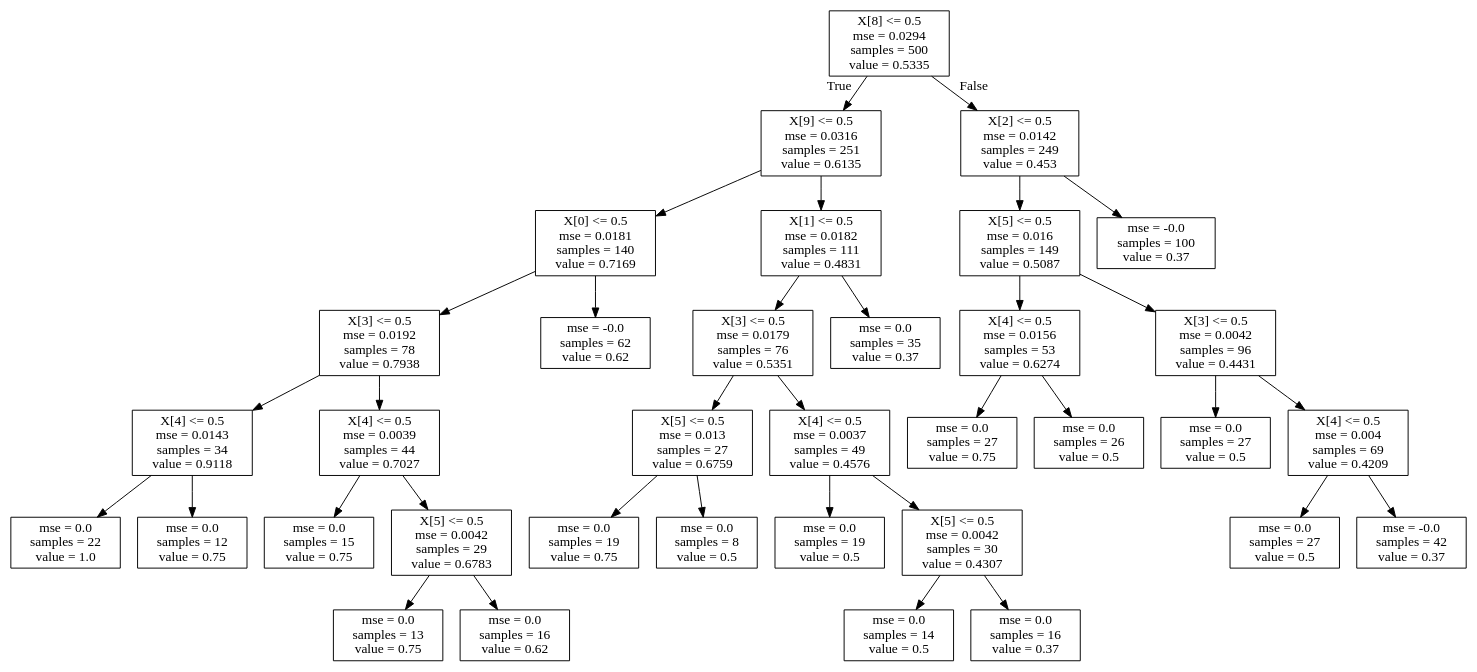
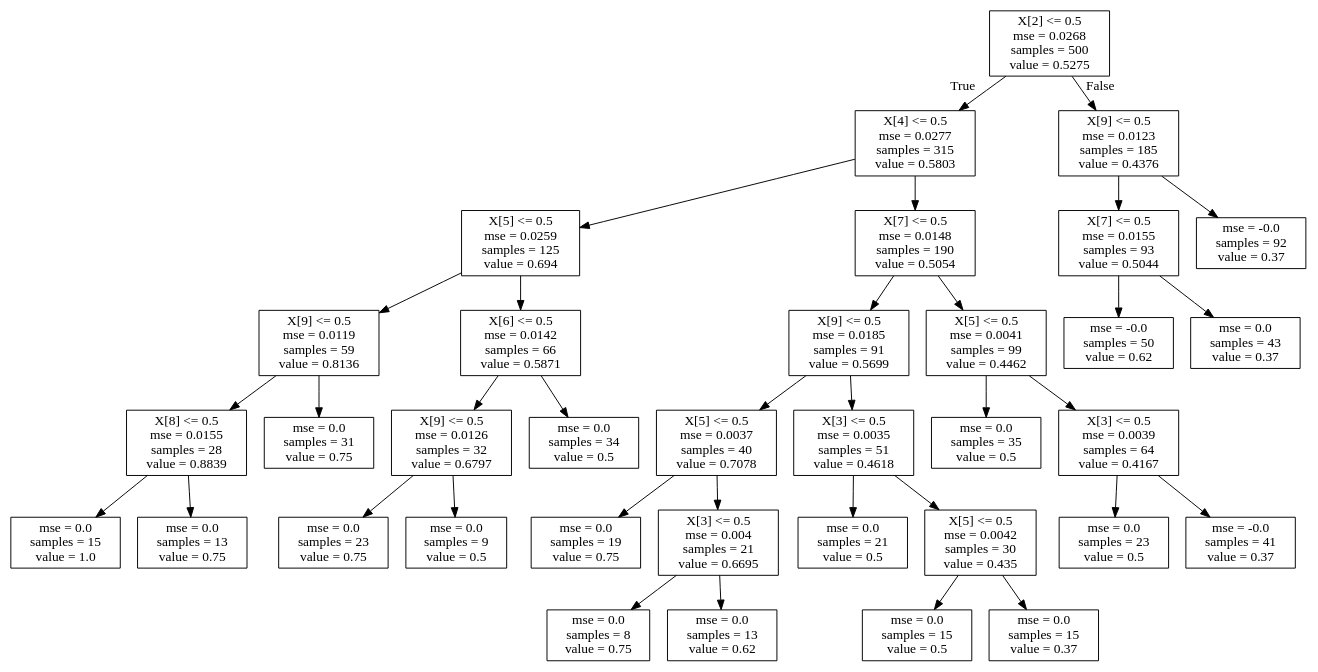
Before and after one commit to ai-se/SPL: the diagram in surrogate_data/simple_0.dot, drawn with Graphviz. The commit also changed 30 other files, not shown here.

```diff
--- a/surrogate_data/simple_0.dot
+++ b/surrogate_data/simple_0.dot
@@ -1,72 +1,72 @@
 digraph Tree {
 node [shape=box] ;
-0 [label="X[8] <= 0.5\nmse = 0.0294\nsamples = 500\nvalue = 0.5335"] ;
-1 [label="X[9] <= 0.5\nmse = 0.0316\nsamples = 251\nvalue = 0.6135"] ;
+0 [label="X[2] <= 0.5\nmse = 0.0268\nsamples = 500\nvalue = 0.5275"] ;
+1 [label="X[4] <= 0.5\nmse = 0.0277\nsamples = 315\nvalue = 0.5803"] ;
 0 -> 1 [labeldistance=2.5, labelangle=45, headlabel="True"] ;
-2 [label="X[0] <= 0.5\nmse = 0.0181\nsamples = 140\nvalue = 0.7169"] ;
+2 [label="X[5] <= 0.5\nmse = 0.0259\nsamples = 125\nvalue = 0.694"] ;
 1 -> 2 ;
-3 [label="X[3] <= 0.5\nmse = 0.0192\nsamples = 78\nvalue = 0.7938"] ;
+3 [label="X[9] <= 0.5\nmse = 0.0119\nsamples = 59\nvalue = 0.8136"] ;
 2 -> 3 ;
-4 [label="X[4] <= 0.5\nmse = 0.0143\nsamples = 34\nvalue = 0.9118"] ;
+4 [label="X[8] <= 0.5\nmse = 0.0155\nsamples = 28\nvalue = 0.8839"] ;
 3 -> 4 ;
-5 [label="mse = 0.0\nsamples = 22\nvalue = 1.0"] ;
+5 [label="mse = 0.0\nsamples = 15\nvalue = 1.0"] ;
 4 -> 5 ;
-6 [label="mse = 0.0\nsamples = 12\nvalue = 0.75"] ;
+6 [label="mse = 0.0\nsamples = 13\nvalue = 0.75"] ;
 4 -> 6 ;
-7 [label="X[4] <= 0.5\nmse = 0.0039\nsamples = 44\nvalue = 0.7027"] ;
+7 [label="mse = 0.0\nsamples = 31\nvalue = 0.75"] ;
 3 -> 7 ;
-8 [label="mse = 0.0\nsamples = 15\nvalue = 0.75"] ;
-7 -> 8 ;
-9 [label="X[5] <= 0.5\nmse = 0.0042\nsamples = 29\nvalue = 0.6783"] ;
-7 -> 9 ;
-10 [label="mse = 0.0\nsamples = 13\nvalue = 0.75"] ;
+8 [label="X[6] <= 0.5\nmse = 0.0142\nsamples = 66\nvalue = 0.5871"] ;
+2 -> 8 ;
+9 [label="X[9] <= 0.5\nmse = 0.0126\nsamples = 32\nvalue = 0.6797"] ;
+8 -> 9 ;
+10 [label="mse = 0.0\nsamples = 23\nvalue = 0.75"] ;
 9 -> 10 ;
-11 [label="mse = 0.0\nsamples = 16\nvalue = 0.62"] ;
+11 [label="mse = 0.0\nsamples = 9\nvalue = 0.5"] ;
 9 -> 11 ;
-12 [label="mse = -0.0\nsamples = 62\nvalue = 0.62"] ;
-2 -> 12 ;
-13 [label="X[1] <= 0.5\nmse = 0.0182\nsamples = 111\nvalue = 0.4831"] ;
+12 [label="mse = 0.0\nsamples = 34\nvalue = 0.5"] ;
+8 -> 12 ;
+13 [label="X[7] <= 0.5\nmse = 0.0148\nsamples = 190\nvalue = 0.5054"] ;
 1 -> 13 ;
-14 [label="X[3] <= 0.5\nmse = 0.0179\nsamples = 76\nvalue = 0.5351"] ;
+14 [label="X[9] <= 0.5\nmse = 0.0185\nsamples = 91\nvalue = 0.5699"] ;
 13 -> 14 ;
-15 [label="X[5] <= 0.5\nmse = 0.013\nsamples = 27\nvalue = 0.6759"] ;
+15 [label="X[5] <= 0.5\nmse = 0.0037\nsamples = 40\nvalue = 0.7078"] ;
 14 -> 15 ;
 16 [label="mse = 0.0\nsamples = 19\nvalue = 0.75"] ;
 15 -> 16 ;
-17 [label="mse = 0.0\nsamples = 8\nvalue = 0.5"] ;
+17 [label="X[3] <= 0.5\nmse = 0.004\nsamples = 21\nvalue = 0.6695"] ;
 15 -> 17 ;
-18 [label="X[4] <= 0.5\nmse = 0.0037\nsamples = 49\nvalue = 0.4576"] ;
-14 -> 18 ;
-19 [label="mse = 0.0\nsamples = 19\nvalue = 0.5"] ;
-18 -> 19 ;
-20 [label="X[5] <= 0.5\nmse = 0.0042\nsamples = 30\nvalue = 0.4307"] ;
-18 -> 20 ;
-21 [label="mse = 0.0\nsamples = 14\nvalue = 0.5"] ;
+18 [label="mse = 0.0\nsamples = 8\nvalue = 0.75"] ;
+17 -> 18 ;
+19 [label="mse = 0.0\nsamples = 13\nvalue = 0.62"] ;
+17 -> 19 ;
+20 [label="X[3] <= 0.5\nmse = 0.0035\nsamples = 51\nvalue = 0.4618"] ;
+14 -> 20 ;
+21 [label="mse = 0.0\nsamples = 21\nvalue = 0.5"] ;
 20 -> 21 ;
-22 [label="mse = 0.0\nsamples = 16\nvalue = 0.37"] ;
+22 [label="X[5] <= 0.5\nmse = 0.0042\nsamples = 30\nvalue = 0.435"] ;
 20 -> 22 ;
-23 [label="mse = 0.0\nsamples = 35\nvalue = 0.37"] ;
-13 -> 23 ;
-24 [label="X[2] <= 0.5\nmse = 0.0142\nsamples = 249\nvalue = 0.453"] ;
-0 -> 24 [labeldistance=2.5, labelangle=-45, headlabel="False"] ;
-25 [label="X[5] <= 0.5\nmse = 0.016\nsamples = 149\nvalue = 0.5087"] ;
-24 -> 25 ;
-26 [label="X[4] <= 0.5\nmse = 0.0156\nsamples = 53\nvalue = 0.6274"] ;
+23 [label="mse = 0.0\nsamples = 15\nvalue = 0.5"] ;
+22 -> 23 ;
+24 [label="mse = 0.0\nsamples = 15\nvalue = 0.37"] ;
+22 -> 24 ;
+25 [label="X[5] <= 0.5\nmse = 0.0041\nsamples = 99\nvalue = 0.4462"] ;
+13 -> 25 ;
+26 [label="mse = 0.0\nsamples = 35\nvalue = 0.5"] ;
 25 -> 26 ;
-27 [label="mse = 0.0\nsamples = 27\nvalue = 0.75"] ;
-26 -> 27 ;
-28 [label="mse = 0.0\nsamples = 26\nvalue = 0.5"] ;
-26 -> 28 ;
-29 [label="X[3] <= 0.5\nmse = 0.0042\nsamples = 96\nvalue = 0.4431"] ;
-25 -> 29 ;
-30 [label="mse = 0.0\nsamples = 27\nvalue = 0.5"] ;
-29 -> 30 ;
-31 [label="X[4] <= 0.5\nmse = 0.004\nsamples = 69\nvalue = 0.4209"] ;
-29 -> 31 ;
-32 [label="mse = 0.0\nsamples = 27\nvalue = 0.5"] ;
+27 [label="X[3] <= 0.5\nmse = 0.0039\nsamples = 64\nvalue = 0.4167"] ;
+25 -> 27 ;
+28 [label="mse = 0.0\nsamples = 23\nvalue = 0.5"] ;
+27 -> 28 ;
+29 [label="mse = -0.0\nsamples = 41\nvalue = 0.37"] ;
+27 -> 29 ;
+30 [label="X[9] <= 0.5\nmse = 0.0123\nsamples = 185\nvalue = 0.4376"] ;
+0 -> 30 [labeldistance=2.5, labelangle=-45, headlabel="False"] ;
+31 [label="X[7] <= 0.5\nmse = 0.0155\nsamples = 93\nvalue = 0.5044"] ;
+30 -> 31 ;
+32 [label="mse = -0.0\nsamples = 50\nvalue = 0.62"] ;
 31 -> 32 ;
-33 [label="mse = -0.0\nsamples = 42\nvalue = 0.37"] ;
+33 [label="mse = 0.0\nsamples = 43\nvalue = 0.37"] ;
 31 -> 33 ;
-34 [label="mse = -0.0\nsamples = 100\nvalue = 0.37"] ;
-24 -> 34 ;
+34 [label="mse = -0.0\nsamples = 92\nvalue = 0.37"] ;
+30 -> 34 ;
 }
```
